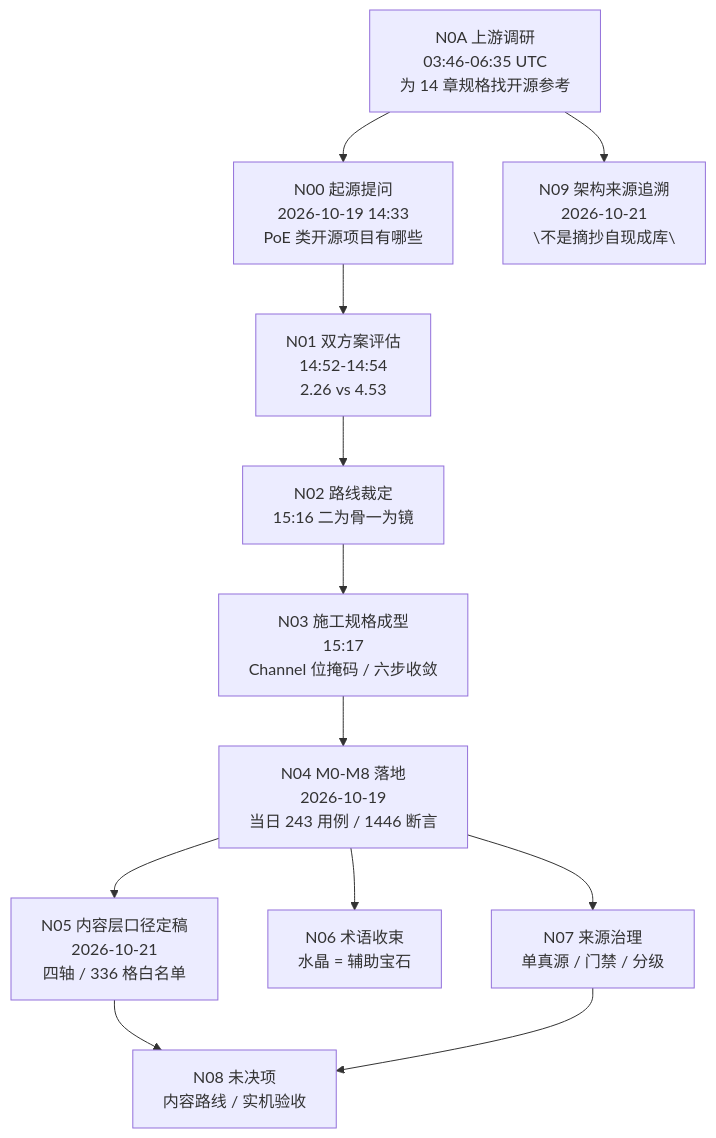
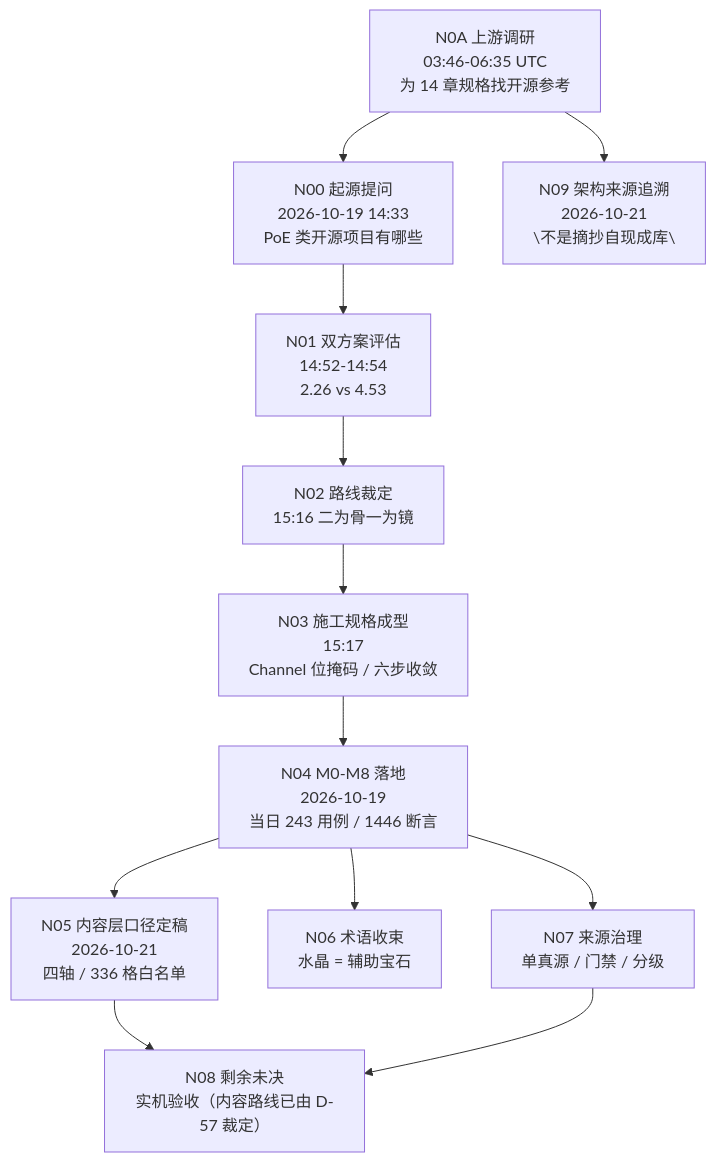
One commit to sg229552371/skill-editor-godot changed the diagram in mods/jes-skills/docs/_AI开发与文档/03_查规则/项目记忆图谱与证据链_v1.md. Above: the diagram before and after it, drawn with Mermaid. The commit also changed other lines of this file and 30 other files, not shown here.

````diff
--- a/mods/jes-skills/docs/_AI开发与文档/03_查规则/项目记忆图谱与证据链_v1.md
+++ b/mods/jes-skills/docs/_AI开发与文档/03_查规则/项目记忆图谱与证据链_v1.md
@@ -29,14 +29,14 @@
 ```mermaid
 graph TD
     N0A["N0A 上游调研<br/>03:46-06:35 UTC<br/>为 14 章规格找开源参考"] --> N00
     N0A --> N09["N09 架构来源追溯<br/>2026-10-21<br/>\"不是摘抄自现成库\""]
     N00["N00 起源提问<br/>2026-10-19 14:33<br/>PoE 类开源项目有哪些"] --> N01
     N01["N01 双方案评估<br/>14:52-14:54<br/>2.26 vs 4.53"] --> N02
     N02["N02 路线裁定<br/>15:16 二为骨一为镜"] --> N03
     N03["N03 施工规格成型<br/>15:17<br/>Channel 位掩码 / 六步收敛"] --> N04
     N04["N04 M0-M8 落地<br/>2026-10-19<br/>当日 243 用例 / 1446 断言"] --> N05
     N05["N05 内容层口径定稿<br/>2026-10-21<br/>四轴 / 336 格白名单"] --> N08
     N04 --> N06["N06 术语收束<br/>水晶 = 辅助宝石"]
     N04 --> N07["N07 来源治理<br/>单真源 / 门禁 / 分级"]
-    N07 --> N08["N08 未决项<br/>内容路线 / 实机验收"]
+    N07 --> N08["N08 剩余未决<br/>实机验收（内容路线已由 D-57 裁定）"]
 ```
````
